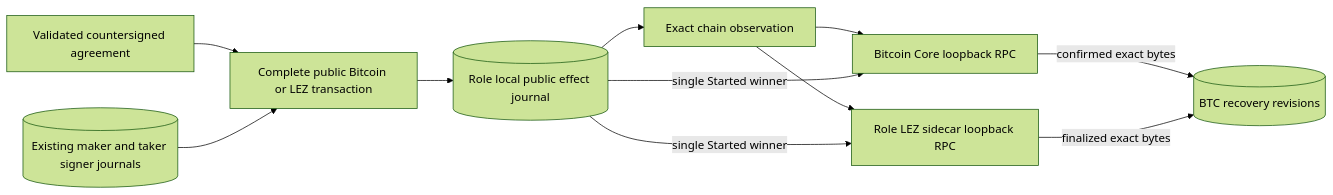
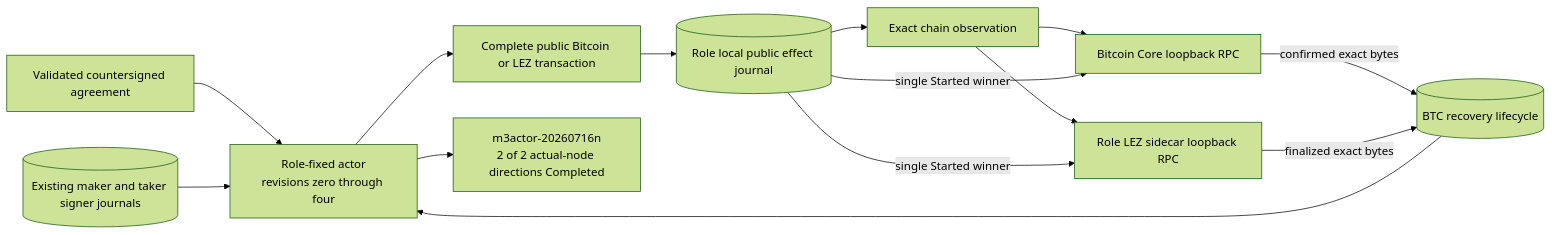
One commit to gateway-fm/lez-atomic-swaps changed diagram 13 of 16 in docs/architecture/system-architecture.md. Above: the diagram before and after it, drawn with Mermaid (forest theme). The commit also changed other lines of this file and 14 other files, not shown here.

````diff
--- a/docs/architecture/system-architecture.md
+++ b/docs/architecture/system-architecture.md
@@ -1148,22 +1258,27 @@
 ```mermaid
 flowchart LR
     Agreement["Validated countersigned agreement"]
     Signers[("Existing maker and taker signer journals")]
+    Actor["Role-fixed actor<br/>revisions zero through four"]
     Prepared["Complete public Bitcoin or LEZ transaction"]
     Effects[("Role local public effect journal")]
     Observe["Exact chain observation"]
     Core["Bitcoin Core loopback RPC"]
     Sidecar["Role LEZ sidecar loopback RPC"]
-    Lifecycle[("BTC recovery revisions")]
+    Lifecycle[("BTC recovery lifecycle")]
+    Evidence["m3actor-20260716n<br/>2 of 2 actual-node directions Completed"]
 
-    Agreement --> Prepared
-    Signers --> Prepared
+    Agreement --> Actor
+    Signers --> Actor
+    Actor --> Prepared
     Prepared --> Effects
     Effects --> Observe
     Observe --> Core
     Observe --> Sidecar
     Effects -->|"single Started winner"| Core
     Effects -->|"single Started winner"| Sidecar
     Core -->|"confirmed exact bytes"| Lifecycle
     Sidecar -->|"finalized exact bytes"| Lifecycle
+    Lifecycle --> Actor
+    Actor --> Evidence
 ```
````
